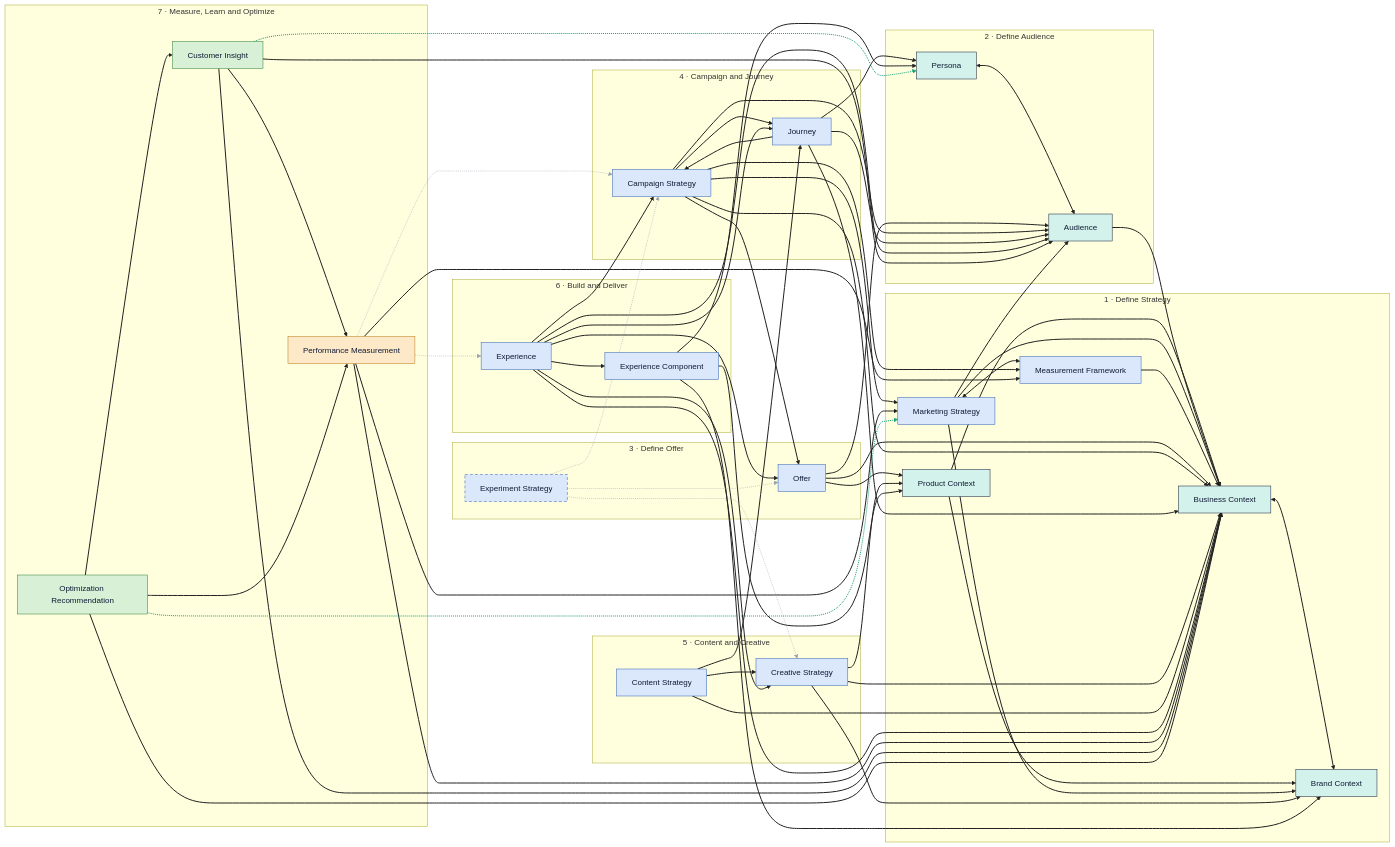
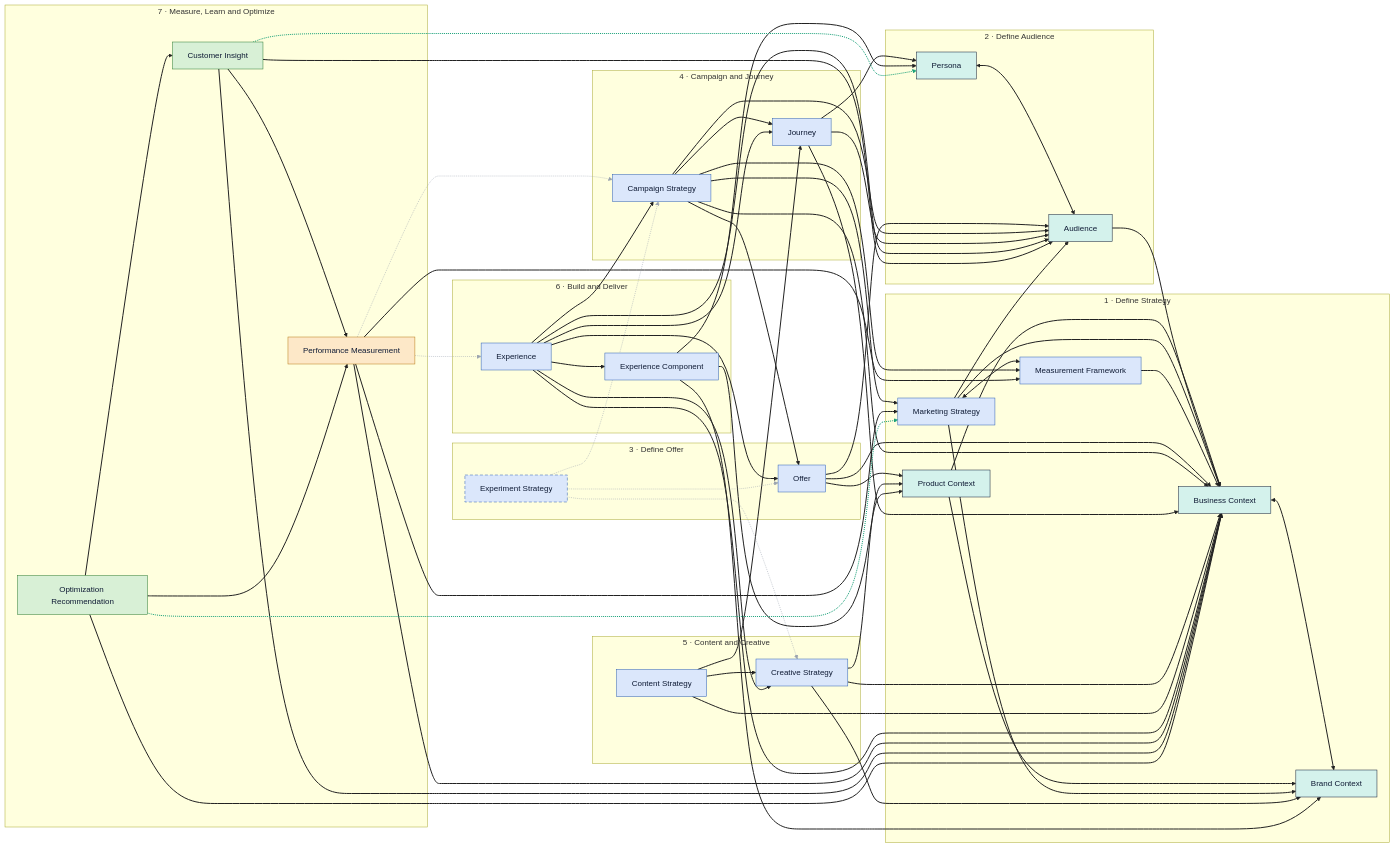
The diagram in GRAPH.md (open-semantic-marketing-model/osmm), drawn with Mermaid before and after one commit. The commit also changed 7 other files, not shown here.

````diff
--- a/GRAPH.md
+++ b/GRAPH.md
@@ -85,7 +85,6 @@
   campaign_strategy --> offer
   campaign_strategy --> business_context
   campaign_strategy --> measurement_framework
-  journey --> campaign_strategy
   journey --> audience
   journey --> persona
   journey --> business_context
@@ -132,7 +131,7 @@
   class performance_measurement measurement;
   class customer_insight,optimization_recommendation learning;
   class experiment_strategy backlog;
-  linkStyle 0,1,2,3,4,5,6,7,8,9,10,11,12,13,14,15,16,17,18,19,20,21,22,23,24,25,26,27,28,29,30,31,32,33,34,35,36,37,38,39,40,41,42,43,44,45,46,47 stroke:#222222,stroke-width:2px;
-  linkStyle 48,49,50,51,52 stroke:#9aa3af,stroke-width:1px;
-  linkStyle 53,54 stroke:#1aa179,stroke-width:2px;
+  linkStyle 0,1,2,3,4,5,6,7,8,9,10,11,12,13,14,15,16,17,18,19,20,21,22,23,24,25,26,27,28,29,30,31,32,33,34,35,36,37,38,39,40,41,42,43,44,45,46 stroke:#222222,stroke-width:2px;
+  linkStyle 47,48,49,50,51 stroke:#9aa3af,stroke-width:1px;
+  linkStyle 52,53 stroke:#1aa179,stroke-width:2px;
 ```
````
